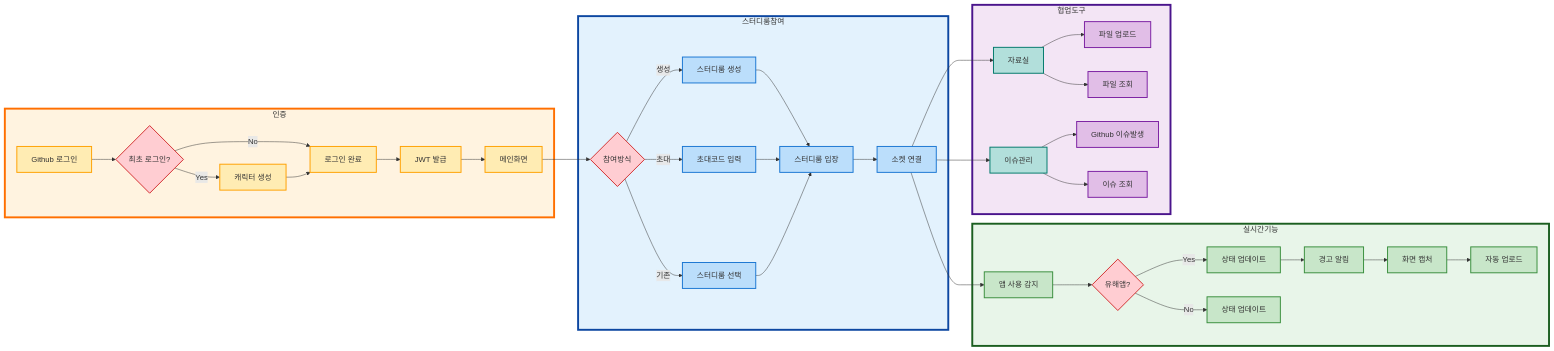
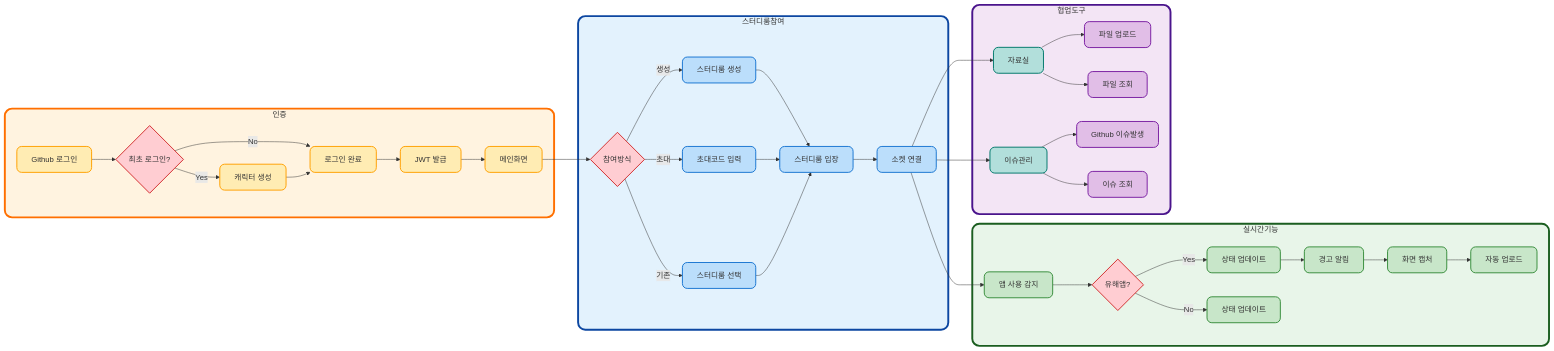
The diagram in profile/README.md (Linkode2024/.github), drawn with Mermaid before and after one commit.

````diff
--- a/profile/README.md
+++ b/profile/README.md
@@ -34,61 +34,61 @@
 ```mermaid
 graph LR
     subgraph 인증
         A1[Github 로그인] --> A2{최초 로그인?}
         A2 -->|Yes| A3[캐릭터 생성]
         A2 -->|No| A4[로그인 완료]
         A3 --> A4
         A4 --> A5[JWT 발급]
         A5 --> A6[메인화면]
     end
 
     subgraph 스터디룸참여
         B1{참여방식} -->|생성| B2[스터디룸 생성]
         B1 -->|초대| B3[초대코드 입력]
         B1 -->|기존| B6[스터디룸 선택]
         B2 & B3 & B6 --> B4[스터디룸 입장]
         B4 --> B5[소켓 연결]
     end
 
     subgraph 실시간기능
         C1[앱 사용 감지] --> C2{유해앱?}
         C2 -->|Yes| C3[상태 업데이트]
         C3 --> C4[경고 알림]
         C4 --> C5[화면 캡처]
         C5 --> C6[자동 업로드]
         C2 -->|No| C7[상태 업데이트]
     end
 
     subgraph 협업도구
         D1[자료실] --> D2[파일 업로드]
         D1 --> D3[파일 조회]
         D4[이슈관리] --> D5[Github 이슈발생]
         D4 --> D6[이슈 조회]
     end
 
     A6 --> B1
     B5 --> C1
     B5 --> D1
     B5 --> D4
 
-    classDef default fill:#f9f9f9,stroke:#333,stroke-width:2px;
-    classDef login fill:#ffecb3,stroke:#ffa000,stroke-width:2px;
-    classDef room fill:#bbdefb,stroke:#1976d2,stroke-width:2px;
-    classDef monitor fill:#c8e6c9,stroke:#388e3c,stroke-width:2px;
-    classDef collab fill:#e1bee7,stroke:#7b1fa2,stroke-width:2px;
-    classDef decision fill:#ffcdd2,stroke:#d32f2f,stroke-width:2px;
-    classDef endpoint fill:#b2dfdb,stroke:#00796b,stroke-width:2px;
+    classDef default fill:#f9f9f9,stroke:#333,stroke-width:2px,rx:10,ry:10;
+    classDef login fill:#ffecb3,stroke:#ffa000,stroke-width:2px,rx:10,ry:10;
+    classDef room fill:#bbdefb,stroke:#1976d2,stroke-width:2px,rx:10,ry:10;
+    classDef monitor fill:#c8e6c9,stroke:#388e3c,stroke-width:2px,rx:10,ry:10;
+    classDef collab fill:#e1bee7,stroke:#7b1fa2,stroke-width:2px,rx:10,ry:10;
+    classDef decision fill:#ffcdd2,stroke:#d32f2f,stroke-width:2px,rx:10,ry:10;
+    classDef endpoint fill:#b2dfdb,stroke:#00796b,stroke-width:2px,rx:10,ry:10;
 
     class A1,A3,A4,A5,A6 login;
     class B2,B3,B4,B5,B6 room;
     class C1,C3,C4,C5,C6,C7 monitor;
     class D2,D3,D5,D6 collab;
     class A2,B1,C2 decision;
     class D1,D4 endpoint;
 
-    style 인증 fill:#fff3e0,stroke:#ff6f00,stroke-width:4px
-    style 스터디룸참여 fill:#e3f2fd,stroke:#0d47a1,stroke-width:4px
-    style 실시간기능 fill:#e8f5e9,stroke:#1b5e20,stroke-width:4px
-    style 협업도구 fill:#f3e5f5,stroke:#4a148c,stroke-width:4px
+    style 인증 fill:#fff3e0,stroke:#ff6f00,stroke-width:4px,rx:15,ry:15
+    style 스터디룸참여 fill:#e3f2fd,stroke:#0d47a1,stroke-width:4px,rx:15,ry:15
+    style 실시간기능 fill:#e8f5e9,stroke:#1b5e20,stroke-width:4px,rx:15,ry:15
+    style 협업도구 fill:#f3e5f5,stroke:#4a148c,stroke-width:4px,rx:15,ry:15
 
 ```
````
